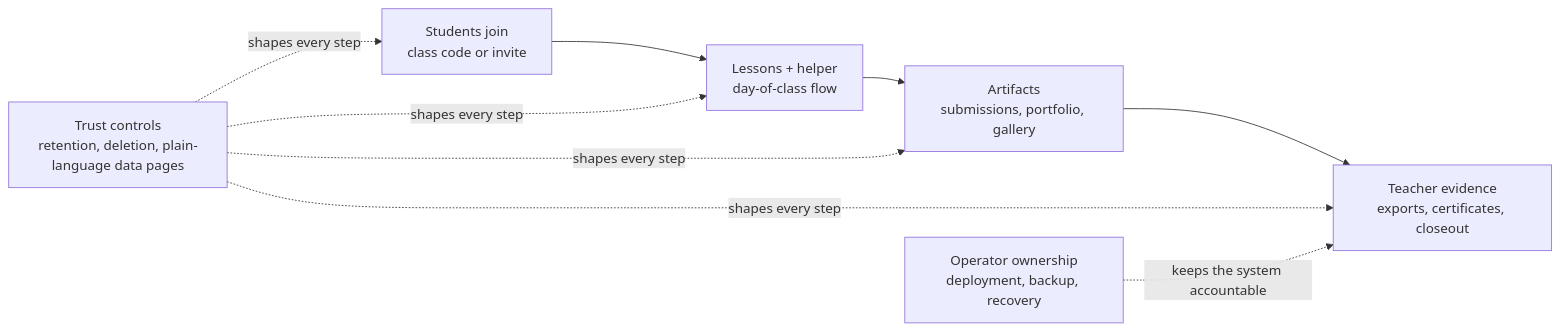
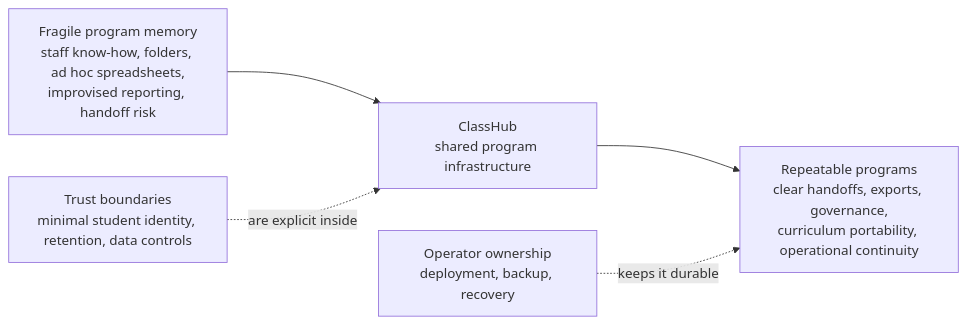
The diagram in docs/START_HERE_BOARD.md (bseverns/classhub), drawn with Mermaid before and after one commit. The commit also changed other lines of this file and 3 other files, not shown here.

Commit message:
diagrams

````diff
--- a/docs/START_HERE_BOARD.md
+++ b/docs/START_HERE_BOARD.md
@@ -18,11 +18,7 @@
 ```mermaid
 flowchart LR
-  Join["Students join<br/>class code or invite"] --> Learn["Lessons + helper<br/>day-of-class flow"]
-  Learn --> Make["Artifacts<br/>submissions, portfolio, gallery"]
-  Make --> Report["Teacher evidence<br/>exports, certificates, closeout"]
-  Trust["Trust controls<br/>retention, deletion, plain-language data pages"] -. shapes every step .-> Join
-  Trust -. shapes every step .-> Learn
-  Trust -. shapes every step .-> Make
-  Trust -. shapes every step .-> Report
-  Ops["Operator ownership<br/>deployment, backup, recovery"] -. keeps the system accountable .-> Report
+  Fragile["Fragile program memory<br/>staff know-how, folders, ad hoc spreadsheets,<br/>improvised reporting, handoff risk"] --> Hub["ClassHub<br/>shared program infrastructure"]
+  Hub --> Durable["Repeatable programs<br/>clear handoffs, exports, governance,<br/>curriculum portability, operational continuity"]
+  Trust["Trust boundaries<br/>minimal student identity, retention, data controls"] -. are explicit inside .-> Hub
+  Ops["Operator ownership<br/>deployment, backup, recovery"] -. keeps it durable .-> Durable
 ```
````
